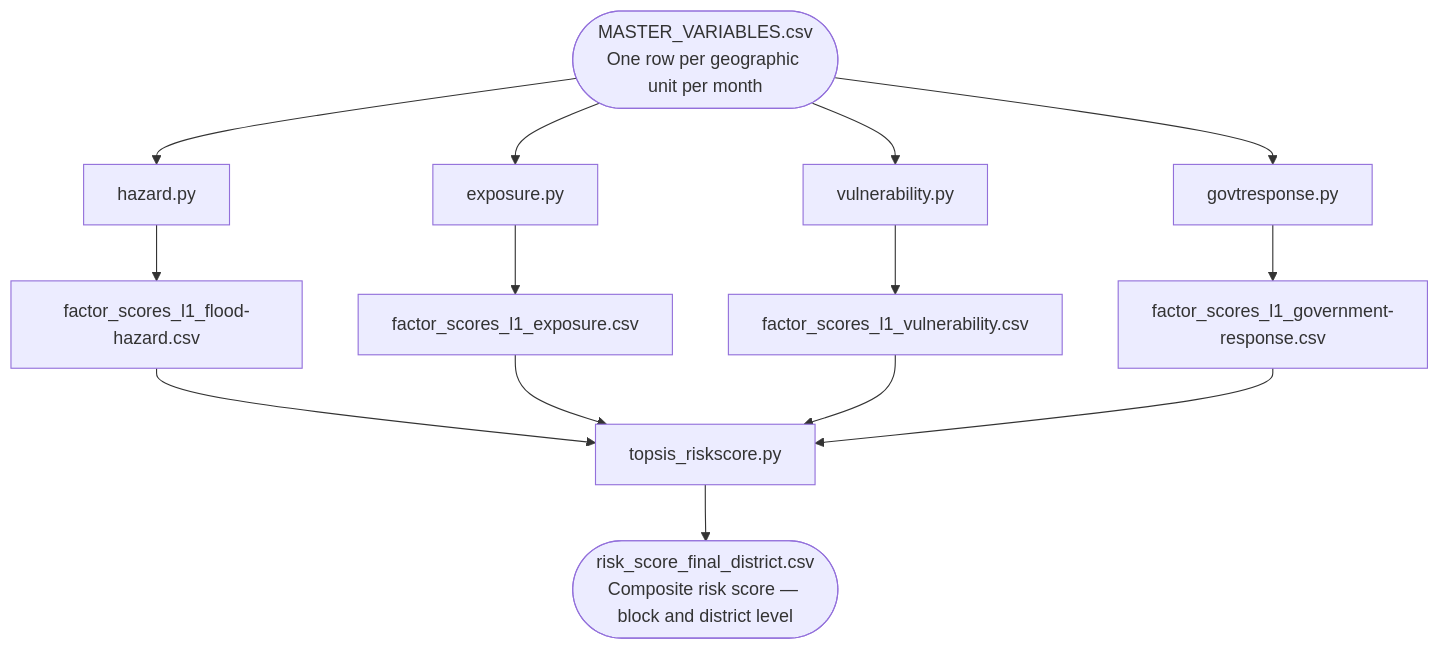
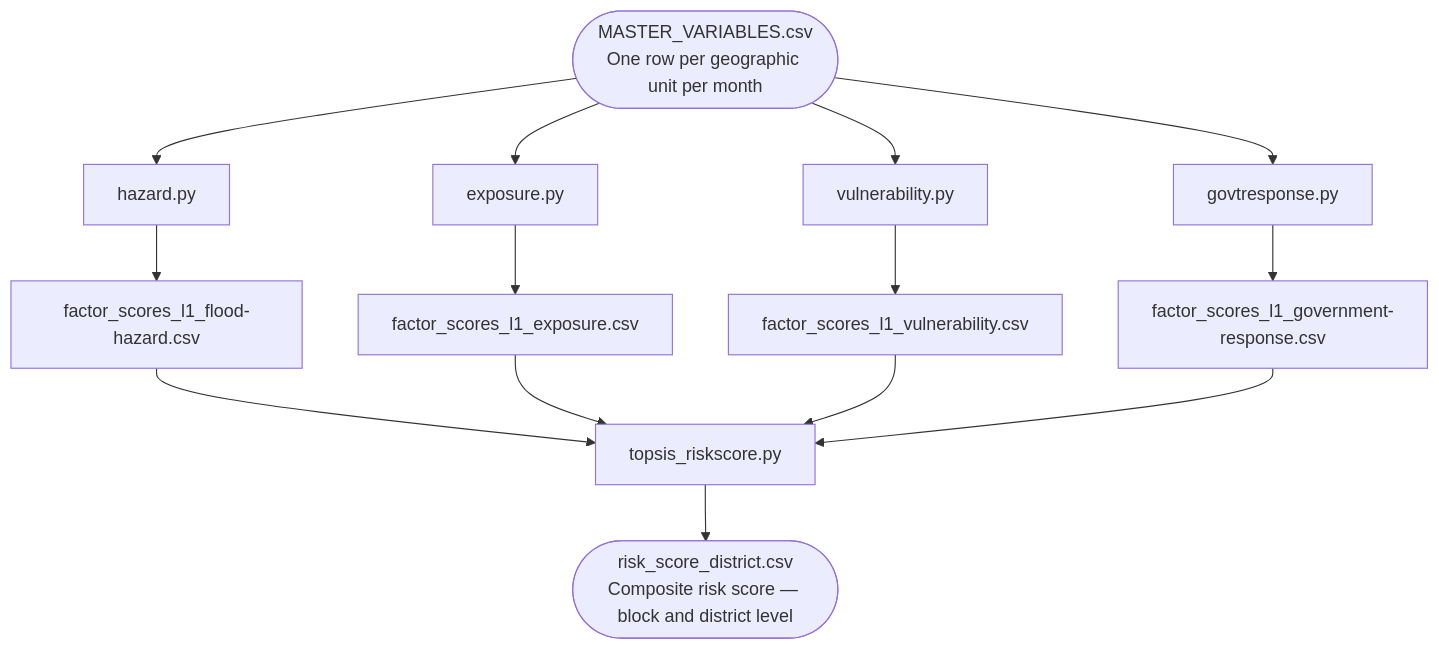
One commit to CivicDataLab/risk-score-model-generic changed the diagram in docs/getting_started.md. Above: the diagram before and after it, drawn with Mermaid. The commit also changed other lines of this file and 19 other files, not shown here.

````diff
--- a/docs/getting_started.md
+++ b/docs/getting_started.md
@@ -11,13 +11,13 @@
 ```mermaid
 flowchart TD
     A([MASTER_VARIABLES.csv\nOne row per geographic unit per month]) --> B & C & D & E
 
     B[hazard.py] --> B1[factor_scores_l1_flood-hazard.csv]
     C[exposure.py] --> C1[factor_scores_l1_exposure.csv]
     D[vulnerability.py] --> D1[factor_scores_l1_vulnerability.csv]
     E[govtresponse.py] --> E1[factor_scores_l1_government-response.csv]
 
     B1 & C1 & D1 & E1 --> F[topsis_riskscore.py]
 
-    F --> G([risk_score_final_district.csv\nComposite risk score — block and district level])
+    F --> G([risk_score_district.csv\nComposite risk score — block and district level])
 ```
````
